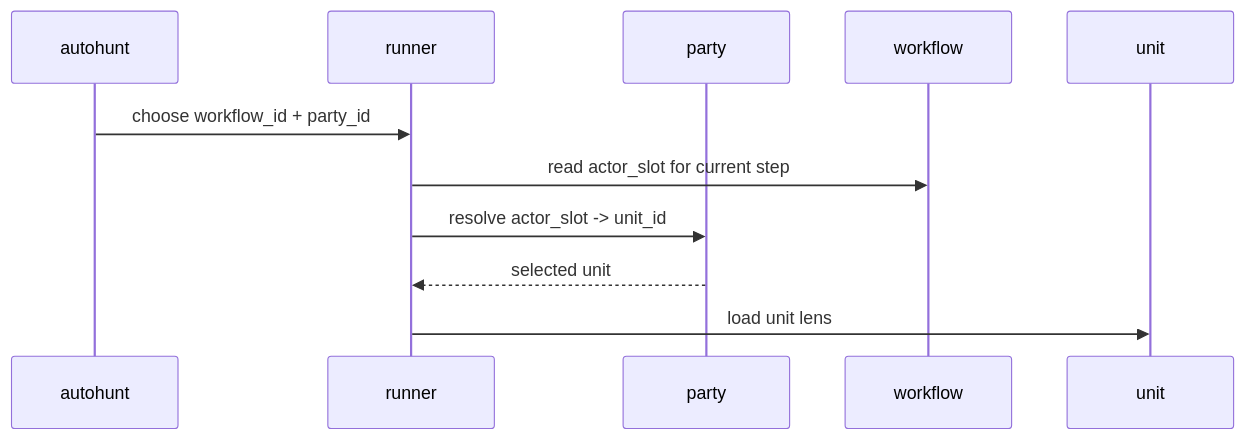
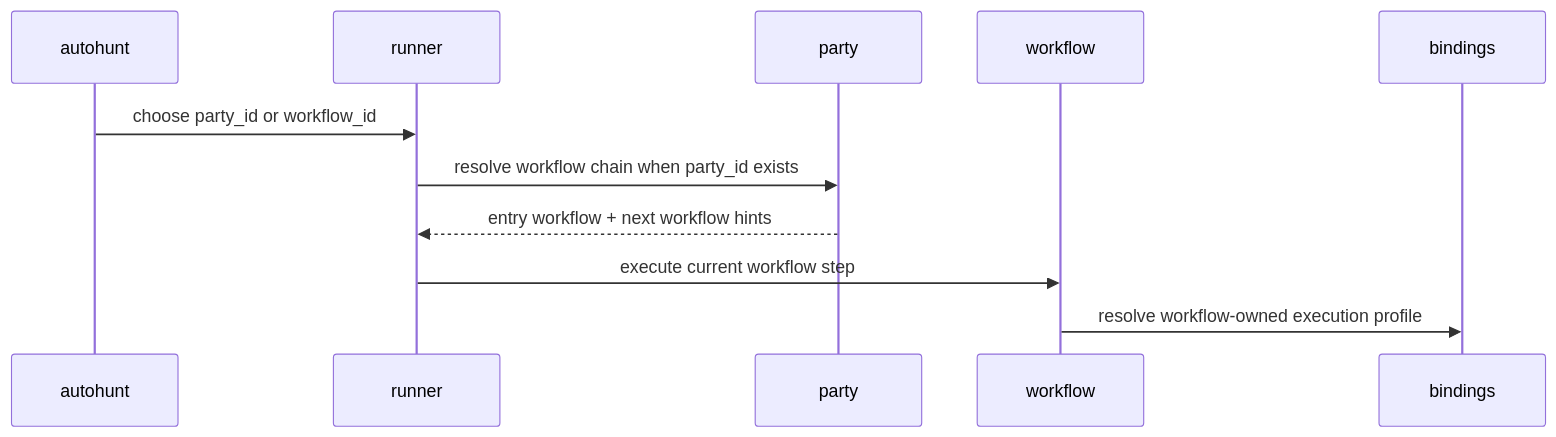
One commit to SungYongMOON/soulforge changed the second of 2 diagrams in .party/README.md. Above: the diagram before and after it, drawn with Mermaid. The commit also changed other lines of this file and 91 other files, not shown here.

````diff
--- a/.party/README.md
+++ b/.party/README.md
@@ -28,13 +32,13 @@
 ```mermaid
 sequenceDiagram
   participant AH as autohunt
   participant RUN as runner
   participant PT as party
   participant WF as workflow
-  participant U as unit
-  AH->>RUN: choose workflow_id + party_id
-  RUN->>WF: read actor_slot for current step
-  RUN->>PT: resolve actor_slot -> unit_id
-  PT-->>RUN: selected unit
-  RUN->>U: load unit lens
+  participant BD as bindings
+  AH->>RUN: choose party_id or workflow_id
+  RUN->>PT: resolve workflow chain when party_id exists
+  PT-->>RUN: entry workflow + next workflow hints
+  RUN->>WF: execute current workflow step
+  WF->>BD: resolve workflow-owned execution profile
 ```
````
